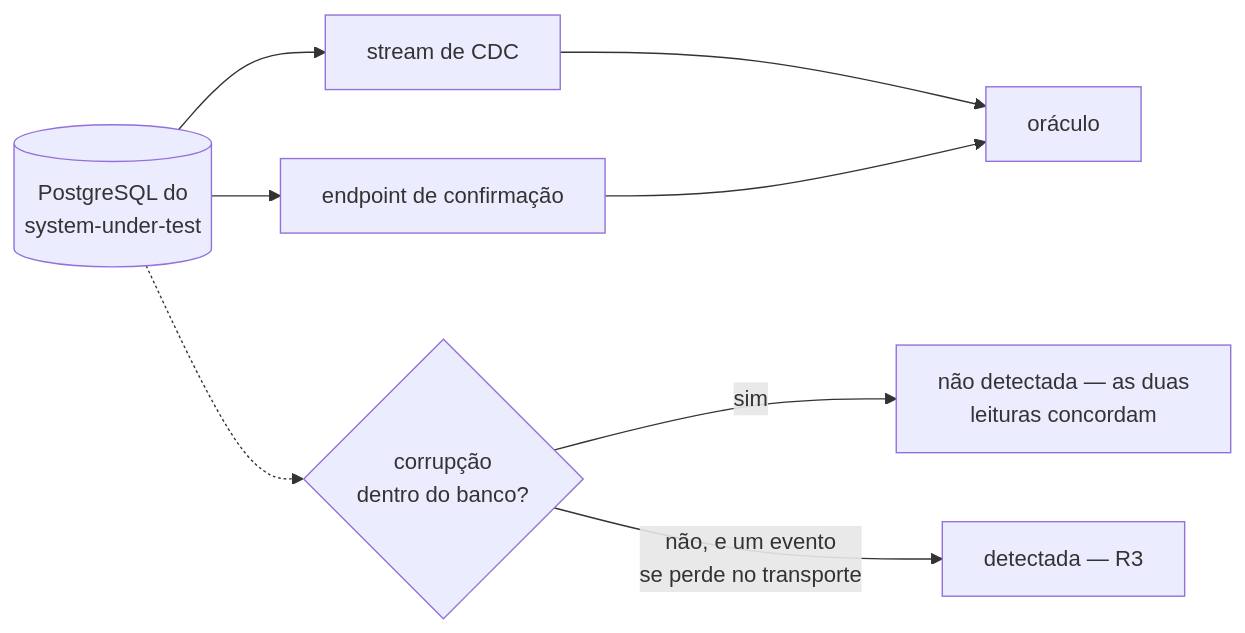
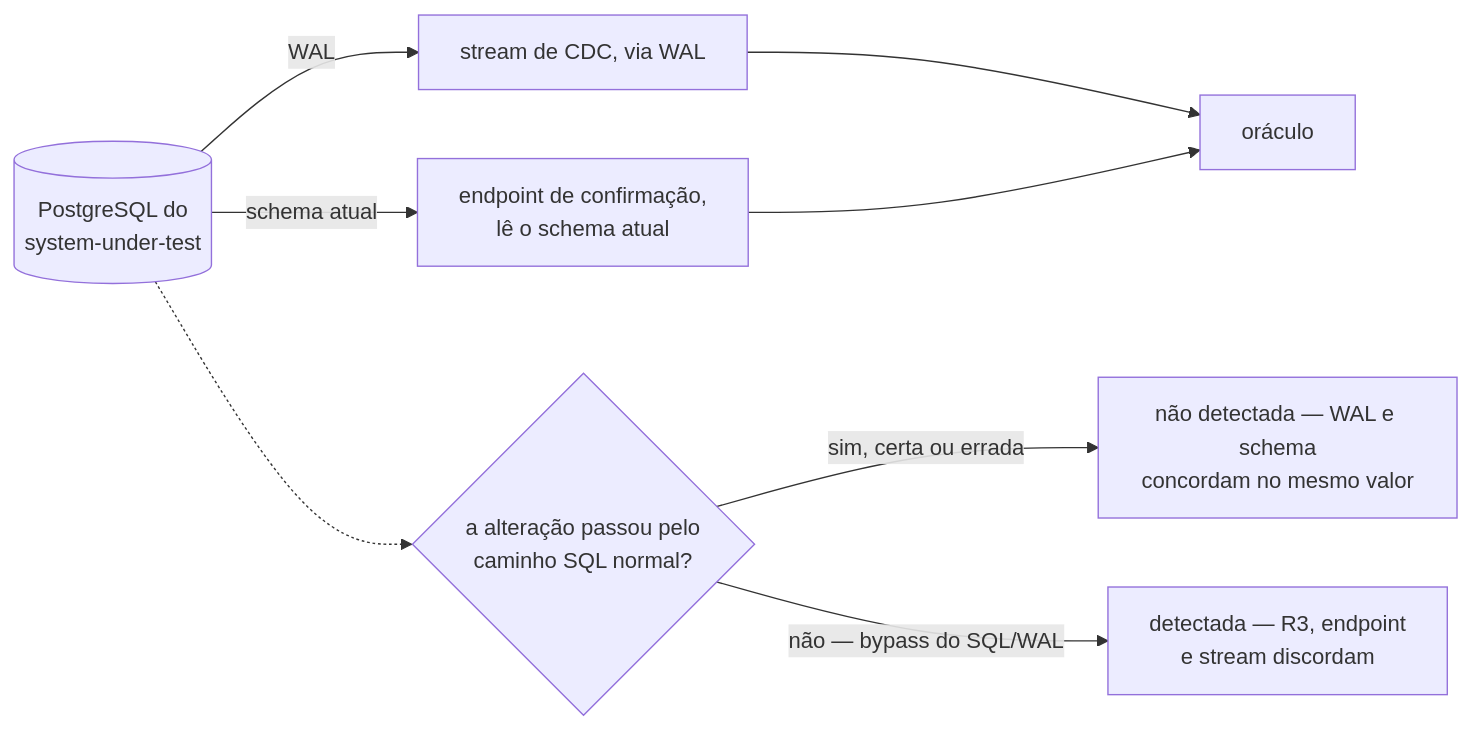
One commit to da0hn/distributed-systems-experiment-lab changed the second of 3 diagrams in docs/features/deteccao-de-divergencia-entre-fontes/example-mapping.md. Above: the diagram before and after it, drawn with Mermaid. The commit also changed other lines of this file and 2 other files, not shown here.

````diff
--- a/docs/features/deteccao-de-divergencia-entre-fontes/example-mapping.md
+++ b/docs/features/deteccao-de-divergencia-entre-fontes/example-mapping.md
@@ -66,13 +81,13 @@
 ```mermaid
 flowchart LR
     B[("PostgreSQL do<br/>system-under-test")]
-    S["stream de CDC"]
-    E["endpoint de confirmação"]
+    S["stream de CDC, via WAL"]
+    E["endpoint de confirmação,<br/>lê o schema atual"]
     OR["oráculo"]
-    B --> S --> OR
-    B --> E --> OR
-    C{"corrupção<br/>dentro do banco?"}
+    B -->|" WAL "| S --> OR
+    B -->|" schema atual "| E --> OR
+    C{"a alteração passou pelo<br/>caminho SQL normal?"}
     B -.-> C
-    C -->|" sim "| ND["não detectada — as duas<br/>leituras concordam"]
-    C -->|" não, e um evento<br/>se perde no transporte "| D["detectada — R3"]
+    C -->|" sim, certa ou errada "| ND["não detectada — WAL e schema<br/>concordam no mesmo valor"]
+    C -->|" não — bypass do SQL/WAL "| D["detectada — R3, endpoint<br/>e stream discordam"]
 ```
````
